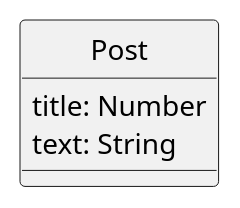
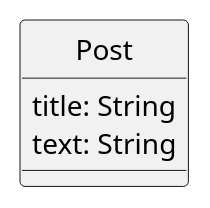
One commit to italloNP/ls changed the diagram in codes/ecma/reference/assets/object-post.pu. Above: the diagram before and after it, drawn with PlantUML. The commit also changed 2 other files, not shown here.

```diff
--- a/codes/ecma/reference/assets/object-post.pu
+++ b/codes/ecma/reference/assets/object-post.pu
@@ -1,10 +1,10 @@
 @startuml
 skinparam classAttributeIconSize 0
 skinparam monochrome true
 hide circle
 
 class Post {
-    title: Number
+    title: String
     text: String
 }
 @enduml
```
